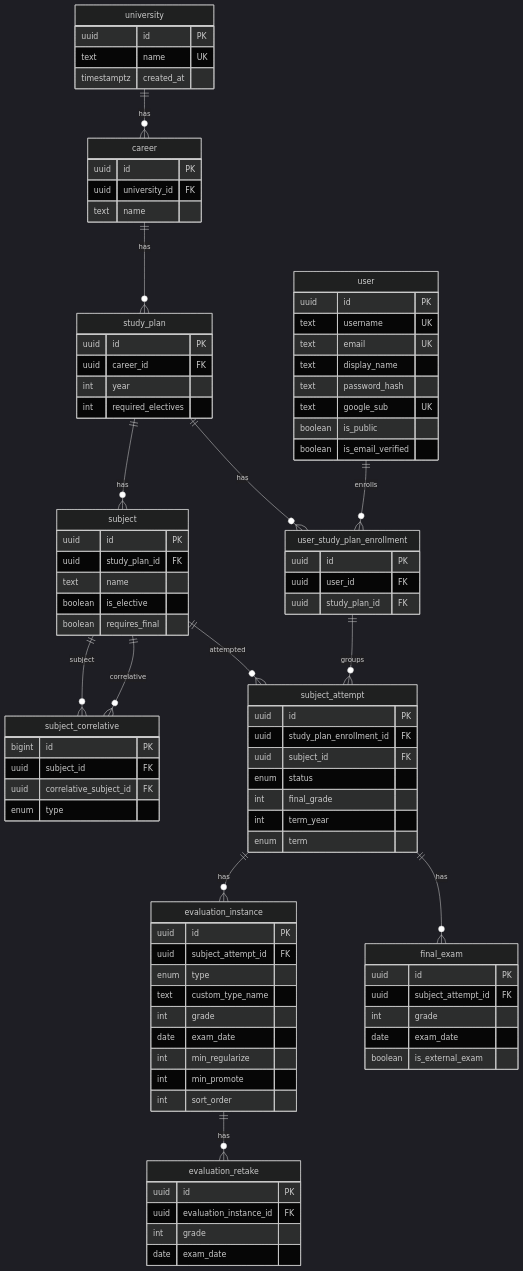
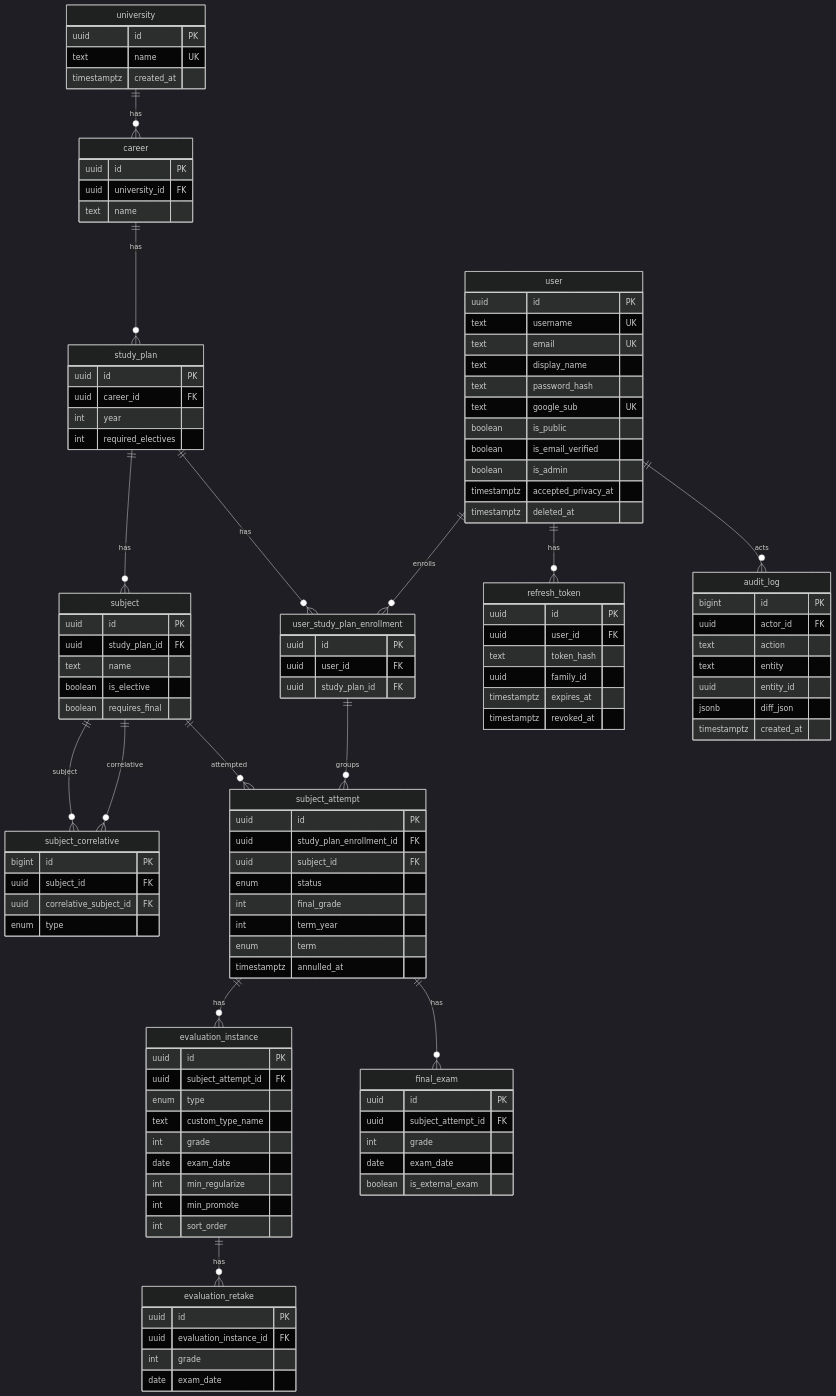
The diagram in docs/database.md (chrisfaulk/carreras-arg), drawn with Mermaid (dark theme) before and after one commit. The commit also changed other lines of this file and 8 other files, not shown here.

Commit message:
docs(diseño): granulariza roadmap y congela reglas de cursada, cierre y disponibilidad

````diff
--- a/docs/database.md
+++ b/docs/database.md
@@ -26,6 +26,8 @@
     subject_attempt ||--o{ evaluation_instance : has
     evaluation_instance ||--o{ evaluation_retake : has
     subject_attempt ||--o{ final_exam : has
+    user ||--o{ refresh_token : has
+    user ||--o{ audit_log : acts
 
     university {
         uuid id PK
@@ -65,6 +67,9 @@
         text google_sub UK
         boolean is_public
         boolean is_email_verified
+        boolean is_admin
+        timestamptz accepted_privacy_at
+        timestamptz deleted_at
     }
     user_study_plan_enrollment {
         uuid id PK
@@ -79,6 +84,7 @@
         int final_grade
         int term_year
         enum term
+        timestamptz annulled_at
     }
     evaluation_instance {
         uuid id PK
@@ -104,4 +110,21 @@
         date exam_date
         boolean is_external_exam
     }
+    refresh_token {
+        uuid id PK
+        uuid user_id FK
+        text token_hash
+        uuid family_id
+        timestamptz expires_at
+        timestamptz revoked_at
+    }
+    audit_log {
+        bigint id PK
+        uuid actor_id FK
+        text action
+        text entity
+        uuid entity_id
+        jsonb diff_json
+        timestamptz created_at
+    }
 ```
````
